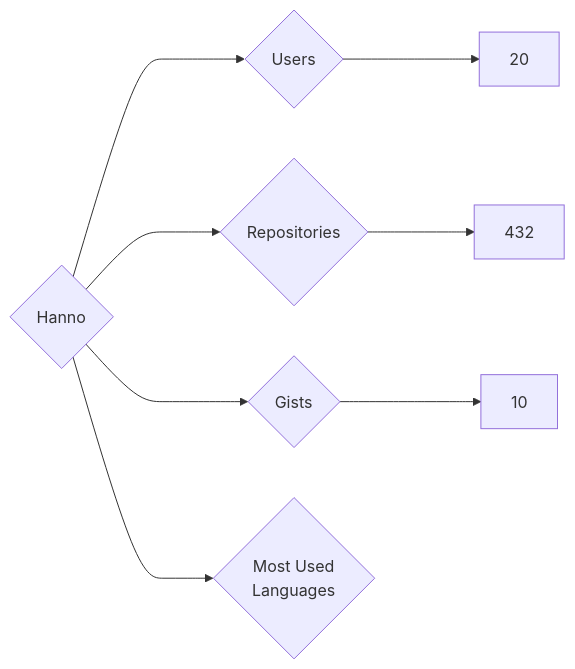
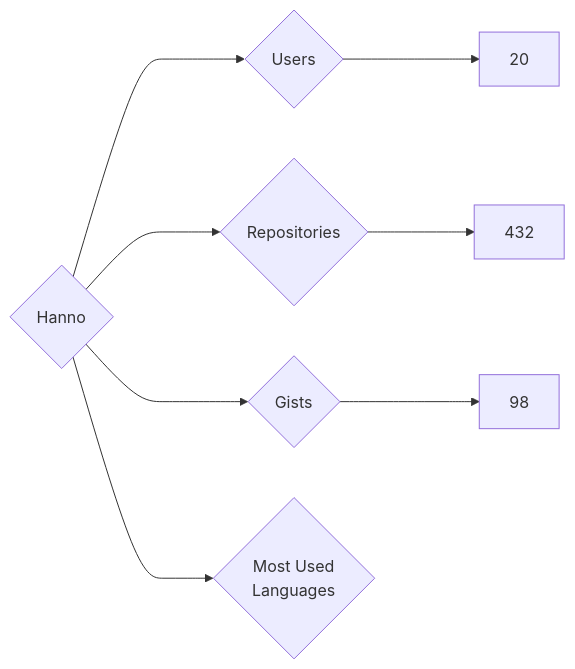
One commit to nenadzaric/insiders changed the diagram in targets/Hanno/README.md. Above: the diagram before and after it, drawn with Mermaid. The commit also changed 1342 other files, not shown here.

````diff
--- a/targets/Hanno/README.md
+++ b/targets/Hanno/README.md
@@ -3,8 +3,8 @@
 ```mermaid
 graph LR
 COMPANY_NAME{Hanno}
 COMPANY_NAME ---> U{Users} ---> UN[20]
 COMPANY_NAME ---> R{Repositories} ---> RN[432]
-COMPANY_NAME ---> G{Gists} ---> GN[10]
+COMPANY_NAME ---> G{Gists} ---> GN[98]
 COMPANY_NAME ---> ML{Most Used<br>Languages}
 ```
````
